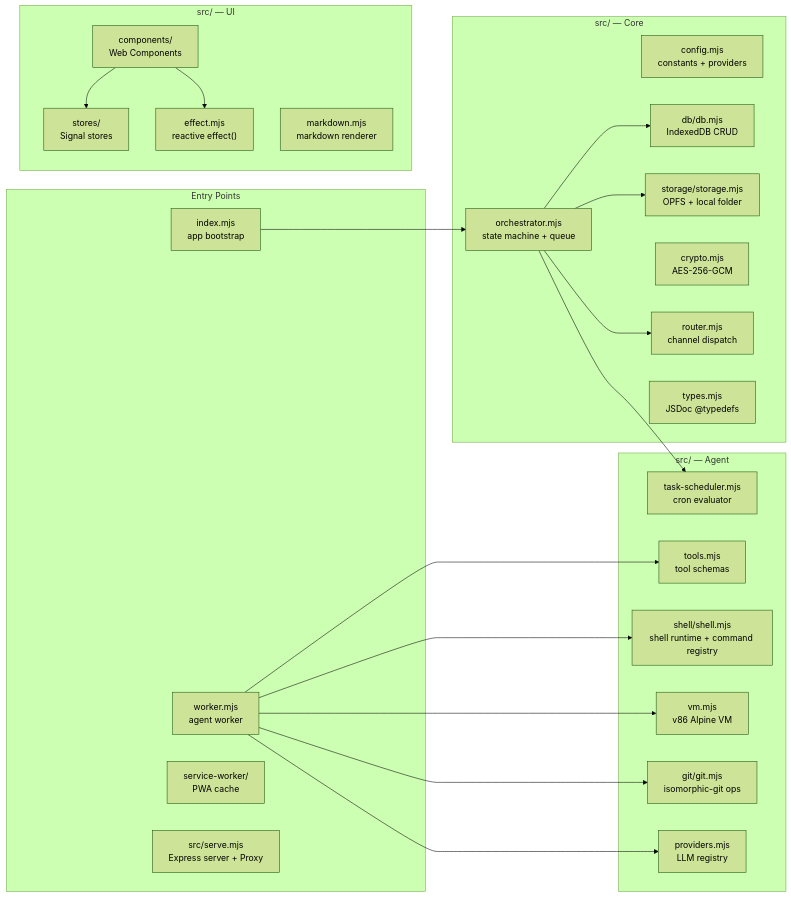
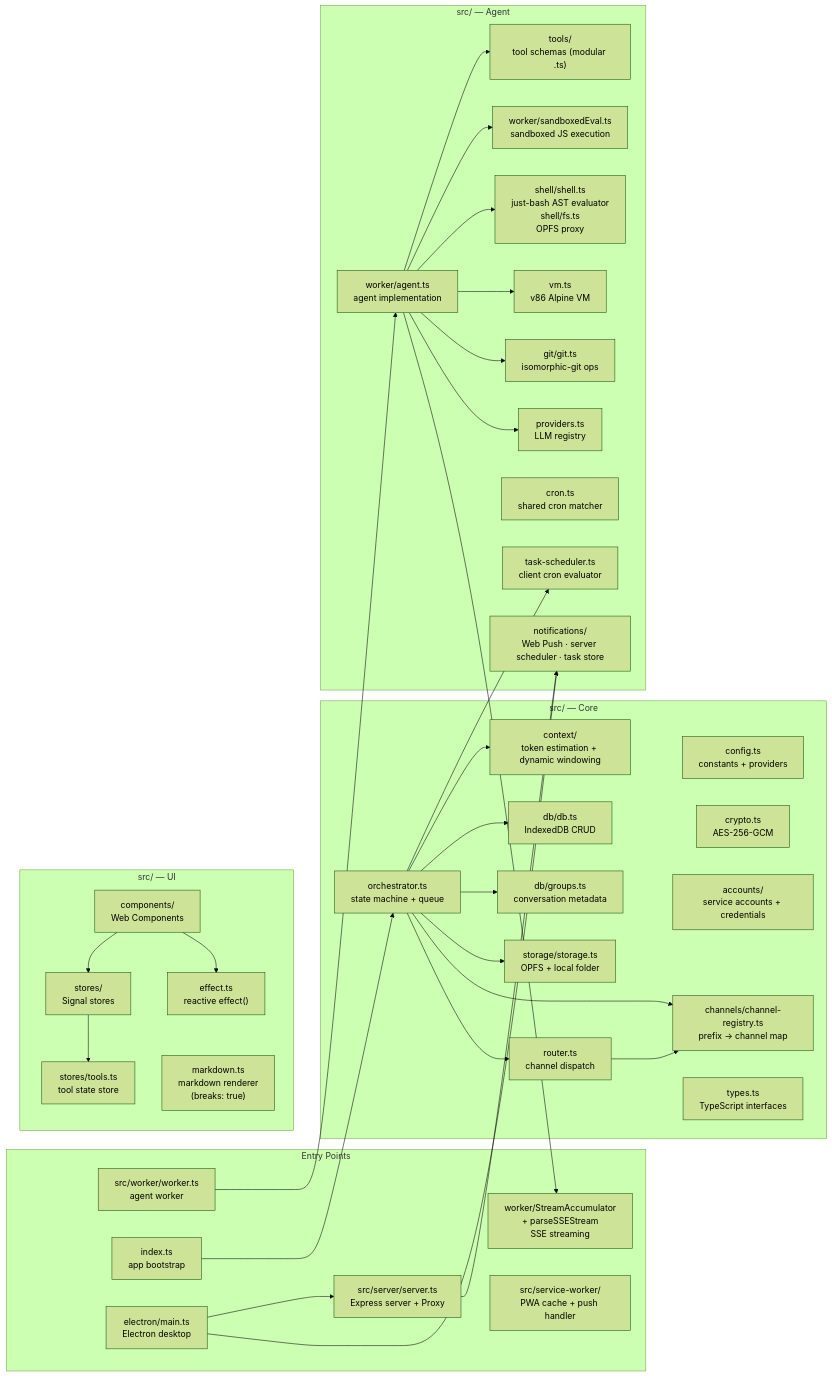
Before and after one commit to xt-ml/shadow-claw: the diagram in AGENTS.md, drawn with Mermaid (forest theme). The commit also changed other lines of this file and 811 other files, not shown here.

First line of the commit message:
Bundle application, workers, server, and Electron using Rollup

````diff
--- a/AGENTS.md
+++ b/AGENTS.md
@@ -17,40 +18,57 @@
 ```mermaid
 graph LR
   subgraph Entry ["Entry Points"]
-    index_mjs["index.mjs<br>app bootstrap"]
-    worker_mjs["worker.mjs<br>agent worker"]
-    sw["service-worker/<br>PWA cache"]
-    serve["src/serve.mjs<br>Express server + Proxy"]
+    index_ts["index.ts<br>app bootstrap"]
+    worker_ts["src/worker/worker.ts<br>agent worker"]
+    stream["worker/StreamAccumulator<br>+ parseSSEStream<br>SSE streaming"]
+    sw["src/service-worker/<br>PWA cache + push handler"]
+    serve["src/server/server.ts<br>Express server + Proxy"]
+    electron["electron/main.ts<br>Electron desktop"]
   end
 
   subgraph Core ["src/ — Core"]
-    orchestrator["orchestrator.mjs<br>state machine + queue"]
-    config["config.mjs<br>constants + providers"]
-    db["db/db.mjs<br>IndexedDB CRUD"]
-    storage["storage/storage.mjs<br>OPFS + local folder"]
-    crypto["crypto.mjs<br>AES-256-GCM"]
-    router["router.mjs<br>channel dispatch"]
-    types["types.mjs<br>JSDoc @typedefs"]
+    orchestrator["orchestrator.ts<br>state machine + queue"]
+    config["config.ts<br>constants + providers"]
+    context["context/<br>token estimation + dynamic windowing"]
+    db["db/db.ts<br>IndexedDB CRUD"]
+    groups["db/groups.ts<br>conversation metadata"]
+    storage["storage/storage.ts<br>OPFS + local folder"]
+    crypto["crypto.ts<br>AES-256-GCM"]
+    accounts["accounts/<br>service accounts + credentials"]
+    registry["channels/channel-registry.ts<br>prefix → channel map"]
+    router["router.ts<br>channel dispatch"]
+    types["types.ts<br>TypeScript interfaces"]
   end
 
   subgraph Agent ["src/ — Agent"]
-    tools["tools.mjs<br>tool schemas"]
-    shell["shell/shell.mjs<br>shell runtime + command registry"]
-    vm["vm.mjs<br>v86 Alpine VM"]
-    gitmod["git/git.mjs<br>isomorphic-git ops"]
-    providers["providers.mjs<br>LLM registry"]
-    scheduler["task-scheduler.mjs<br>cron evaluator"]
+    agent["worker/agent.ts<br>agent implementation"]
+    tools["tools/<br>tool schemas (modular .ts)"]
+    sandbox["worker/sandboxedEval.ts<br>sandboxed JS execution"]
+    shell["shell/shell.ts<br>just-bash AST evaluator<br>shell/fs.ts<br>OPFS proxy"]
+    vm["vm.ts<br>v86 Alpine VM"]
+    gitmod["git/git.ts<br>isomorphic-git ops"]
+    providers["providers.ts<br>LLM registry"]
+    cron["cron.ts<br>shared cron matcher"]
+    scheduler["task-scheduler.ts<br>client cron evaluator"]
+    notifications["notifications/<br>Web Push · server scheduler · task store"]
   end
 
   subgraph UI ["src/ — UI"]
     components["components/<br>Web Components"]
     stores["stores/<br>Signal stores"]
-    effect["effect.mjs<br>reactive effect()"]
-    markdown["markdown.mjs<br>markdown renderer"]
+    tools_store["stores/tools.ts<br>tool state store"]
+    effect["effect.ts<br>reactive effect()"]
+    markdown["markdown.ts<br>markdown renderer<br>(breaks: true)"]
   end
 
-  index_mjs --> orchestrator
-  orchestrator --> db & storage & router & scheduler
-  worker_mjs --> tools & shell & vm & gitmod & providers
+  index_ts --> orchestrator
+  orchestrator --> db & groups & storage & registry & router & scheduler & context
+  router --> registry
+  worker_ts --> agent
+  agent --> tools & sandbox & shell & vm & gitmod & providers & stream
+  electron --> serve
+  serve --> notifications
+  electron --> notifications
   components --> stores & effect
+  stores --> tools_store
 ```
````
